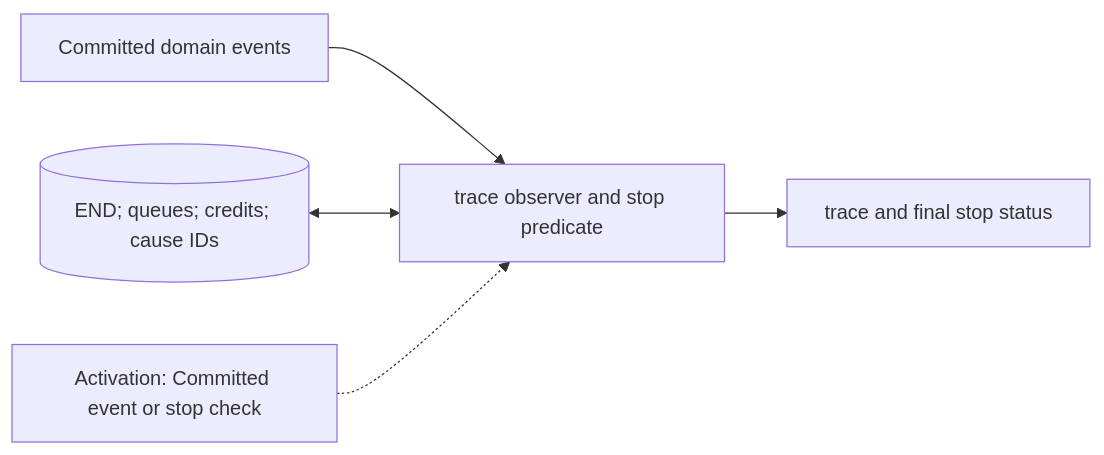
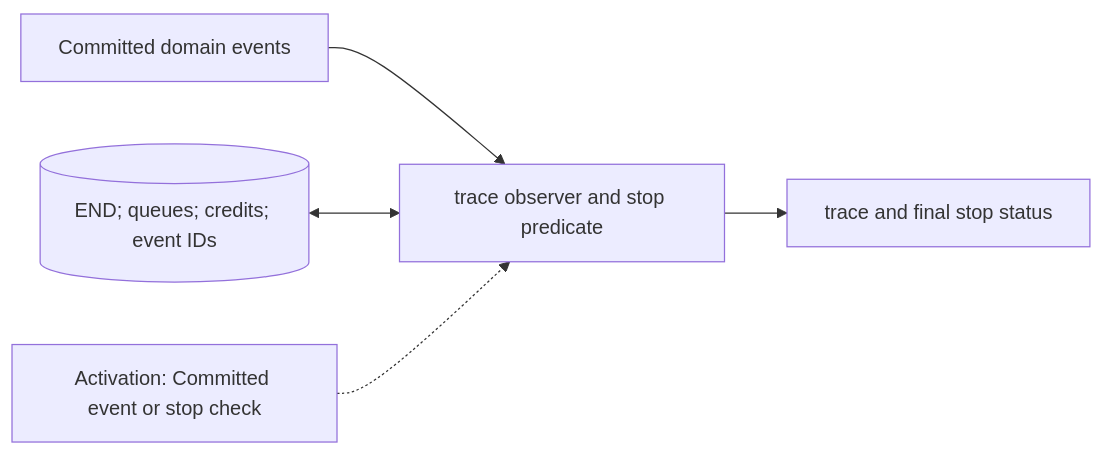
Before and after one commit to qsbit-org/qsbit-sim: the diagram in docs/modules/trace-recorder-and-stop-controller.md, drawn with Mermaid. The commit also changed other lines of this file and 32 other files, not shown here.

Commit message:
Align architecture contracts with implementation and check documentation drift

````diff
--- a/docs/modules/trace-recorder-and-stop-controller.md
+++ b/docs/modules/trace-recorder-and-stop-controller.md
@@ -17,7 +17,7 @@
 ```mermaid
 flowchart LR
     U["Committed domain events"] --> P["trace observer and stop predicate"]
-    S[("END; queues; credits; cause IDs")] <--> P
+    S[("END; queues; credits; event IDs")] <--> P
     P --> D["trace and final stop status"]
     K["Activation: Committed event or stop check"] -.-> P
 ```
````
